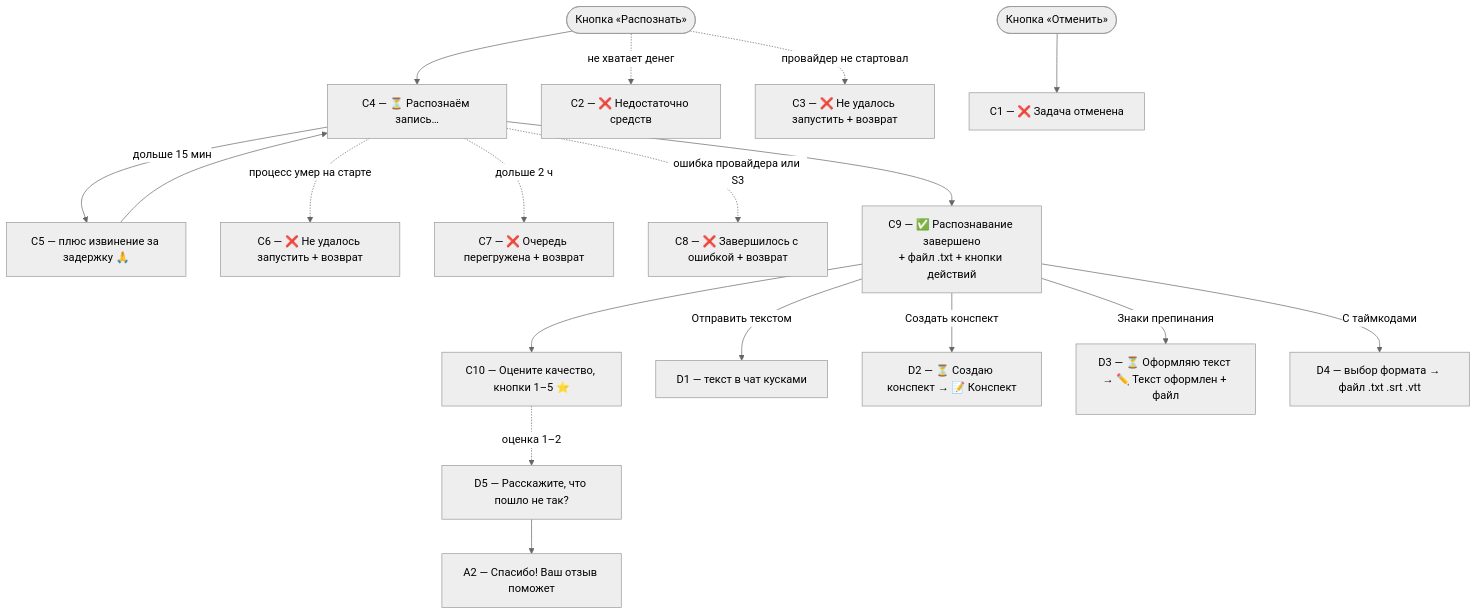
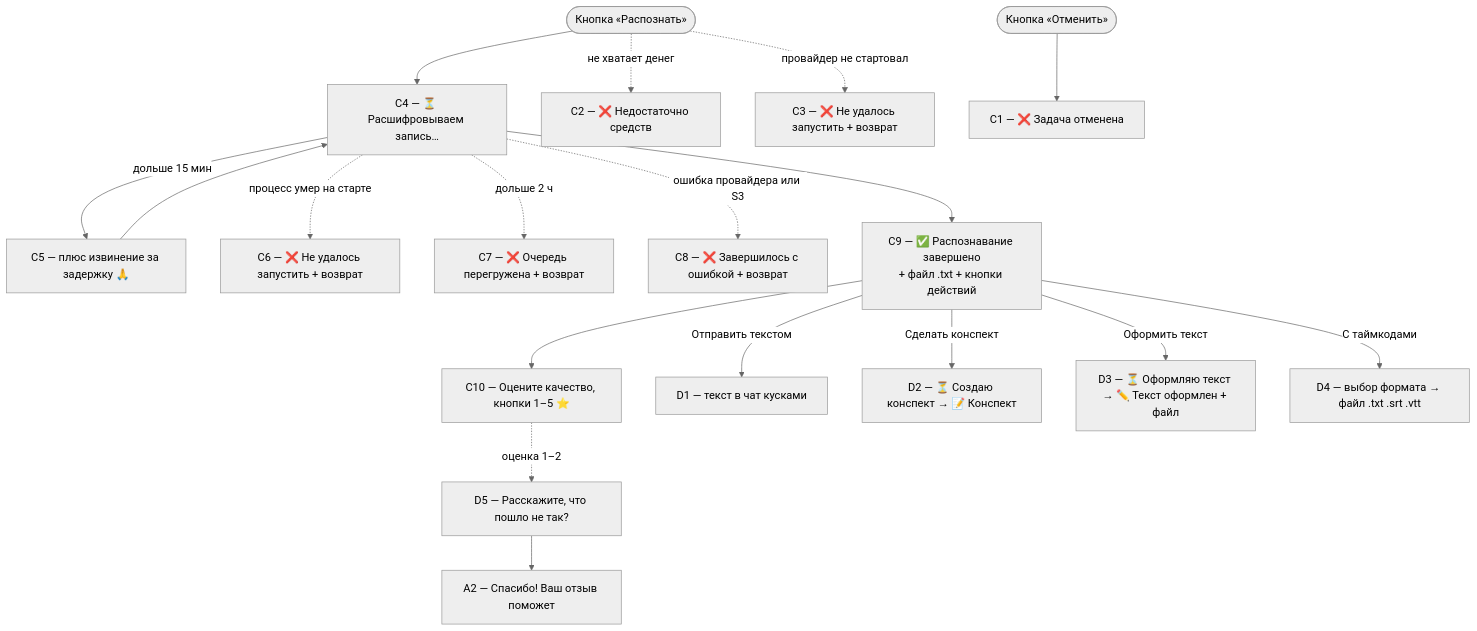
The second of 3 diagrams in docs/messages.md (gistrec/ClearTranscriptBot), drawn with Mermaid (neutral theme) before and after one commit. The commit also changed other lines of this file and 8 other files, not shown here.

````diff
--- a/docs/messages.md
+++ b/docs/messages.md
@@ -29,20 +29,20 @@
 ```mermaid
 flowchart TD
-    BTN([Кнопка «Распознать»]) --> RUN["C4 — ⏳ Распознаём запись…"]
+    BTN([Кнопка «Распознать»]) --> RUN["C4 — ⏳ Расшифровываем запись…"]
     BTN -.->|не хватает денег| C2["C2 — ❌ Недостаточно средств"]
     BTN -.->|провайдер не стартовал| C3["C3 — ❌ Не удалось запустить + возврат"]
     CBTN([Кнопка «Отменить»]) --> C1["C1 — ❌ Задача отменена"]
     RUN -->|дольше 15 мин| C5["C5 — плюс извинение за задержку 🙏"]
     C5 --> RUN
     RUN -.->|процесс умер на старте| C6["C6 — ❌ Не удалось запустить + возврат"]
     RUN -.->|дольше 2 ч| C7["C7 — ❌ Очередь перегружена + возврат"]
     RUN -.->|ошибка провайдера или S3| C8["C8 — ❌ Завершилось с ошибкой + возврат"]
     RUN --> C9["C9 — ✅ Распознавание завершено<br/>+ файл .txt + кнопки действий"]
     C9 --> C10["C10 — Оцените качество, кнопки 1–5 ⭐"]
     C10 -.->|оценка 1–2| D5["D5 — Расскажите, что пошло не так?"]
     D5 --> A2["A2 — Спасибо! Ваш отзыв поможет"]
     C9 -->|Отправить текстом| D1["D1 — текст в чат кусками"]
-    C9 -->|Создать конспект| D2["D2 — ⏳ Создаю конспект → 📝 Конспект"]
-    C9 -->|Знаки препинания| D3["D3 — ⏳ Оформляю текст → ✏️ Текст оформлен + файл"]
+    C9 -->|Сделать конспект| D2["D2 — ⏳ Создаю конспект → 📝 Конспект"]
+    C9 -->|Оформить текст| D3["D3 — ⏳ Оформляю текст → ✏️ Текст оформлен + файл"]
     C9 -->|С таймкодами| D4["D4 — выбор формата → файл .txt .srt .vtt"]
 ```
````
